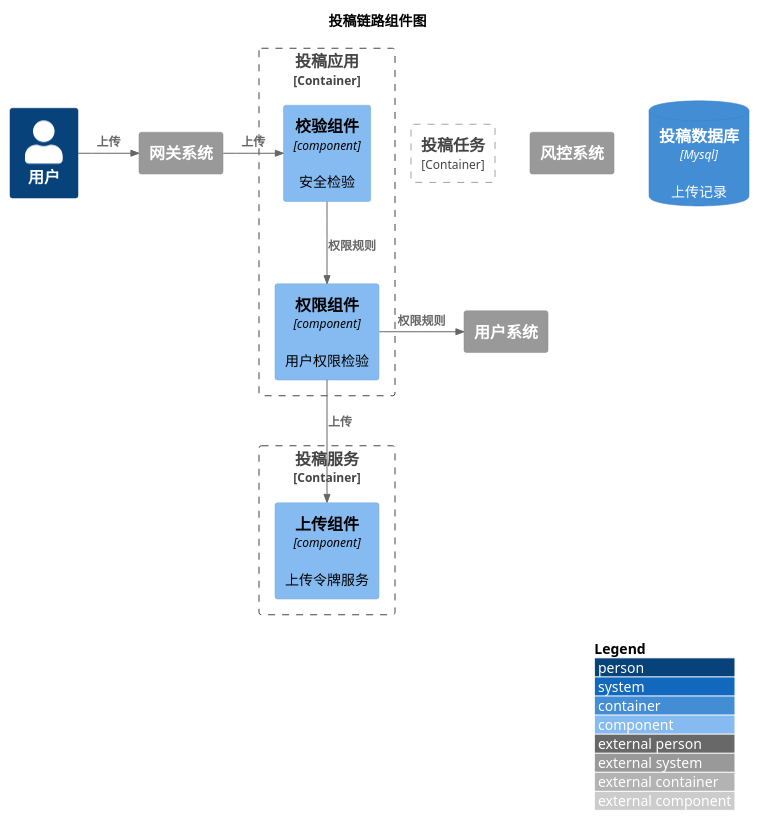
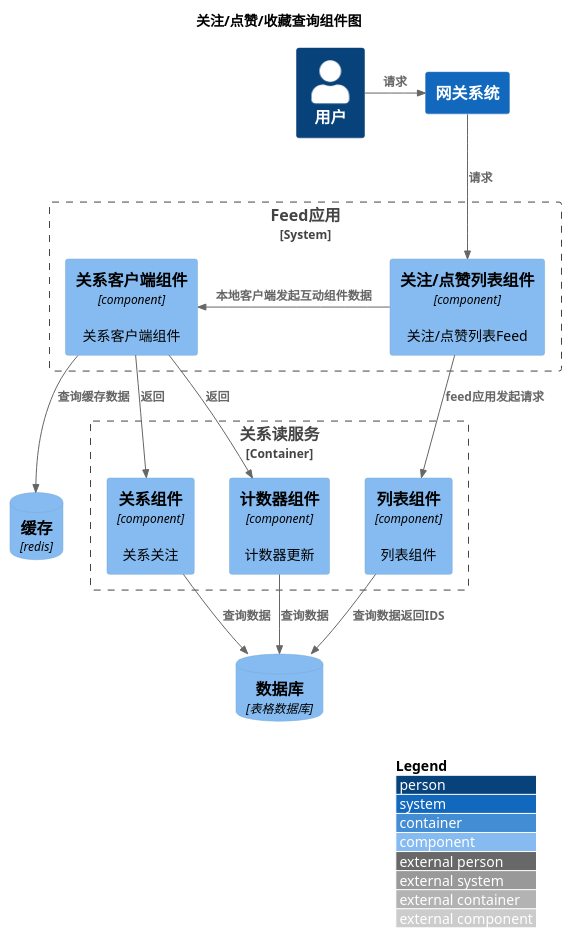
One commit to nxnnxn/community-doc changed the diagram in puml/interact/relation/get/component.puml. Above: the diagram before and after it, drawn with PlantUML. The commit also changed 9 other files, not shown here.

```diff
--- a/puml/interact/relation/get/component.puml
+++ b/puml/interact/relation/get/component.puml
@@ -1,43 +1,41 @@
 @startuml
 !include <C4/C4_Component>
 LAYOUT_WITH_LEGEND()
 
-title 投稿链路组件图
+title 关注/点赞/收藏查询组件图
 
 Person(user, "用户")
-System_Ext(gateway,"网关系统")
-Rel_R(user, gateway, "上传")
+System(gateway,"网关系统")
 
-Container_Boundary(postFacade, "投稿应用"){
-    Component(checkComponent, "校验组件", "component", "安全检验")
-    Component(authComponent, "权限组件", "component", "用户权限检验")
-    Rel_R(gateway, checkComponent, "上传")
-    Rel(checkComponent, authComponent, "权限规则")
-}
+Rel_R(user, gateway, "请求")
 
-Container_Boundary(postService, "投稿服务"){
-    Component(uploadComponent, "上传组件", "component", "上传令牌服务")
-    Rel(authComponent, uploadComponent, "上传")
-}
-
-Container_Boundary(postJob, "投稿任务"){
-
+System_Boundary(feed, "Feed应用"){
+   Component(listFeedComponent, "关注/点赞列表组件", "component", "关注/点赞列表Feed")
+   Component(relationClientComponent, "关系客户端组件", "component", "关系客户端组件")
+   Rel_L(listFeedComponent, relationClientComponent, "本地客户端发起互动组件数据")
 }
 
 
+Container_Boundary(relationReadService, "关系读服务"){
+    Component(listComponent, "列表组件", "component", "列表组件")
+    Component(relationComponent, "关系组件", "component", "关系关注")
+    Component(statComponent, "计数器组件", "component", "计数器更新")
+ }
+ComponentDb(redis, "缓存", "redis")
+ComponentDb(db, "数据库", "表格数据库")
 
-System_Ext(security,"风控系统")
-System_Ext(userSystem,"用户系统")
-ContainerDb(db, "投稿数据库", "Mysql","上传记录")
+Rel(gateway,listFeedComponent,"请求")
+Rel(listFeedComponent, listComponent, "feed应用发起请求")
 
-Rel_R(authComponent, userSystem, "权限规则")
-
-
-
-
+Rel(relationClientComponent, relationComponent, "返回")
+Rel(relationClientComponent, redis, "查询缓存数据")
+Rel(relationClientComponent, statComponent, "返回")
+Rel(listComponent, db, "查询数据返回IDS")
+Rel(statComponent, db, "查询数据")
+Rel(relationComponent, db, "查询数据")
 
 
 
 
 
 @enduml
```
